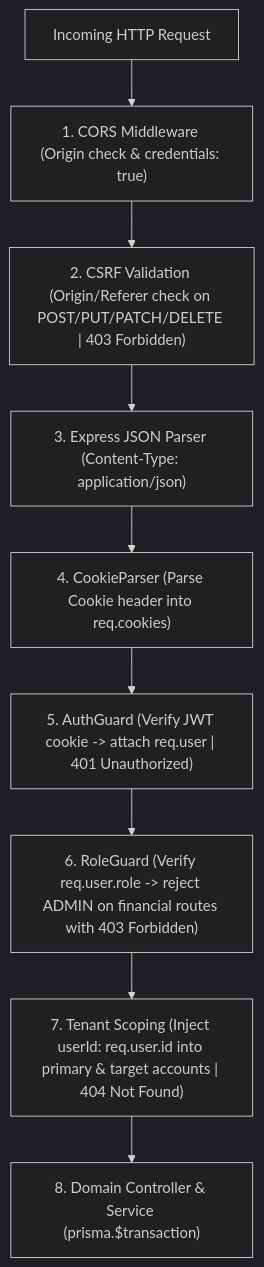
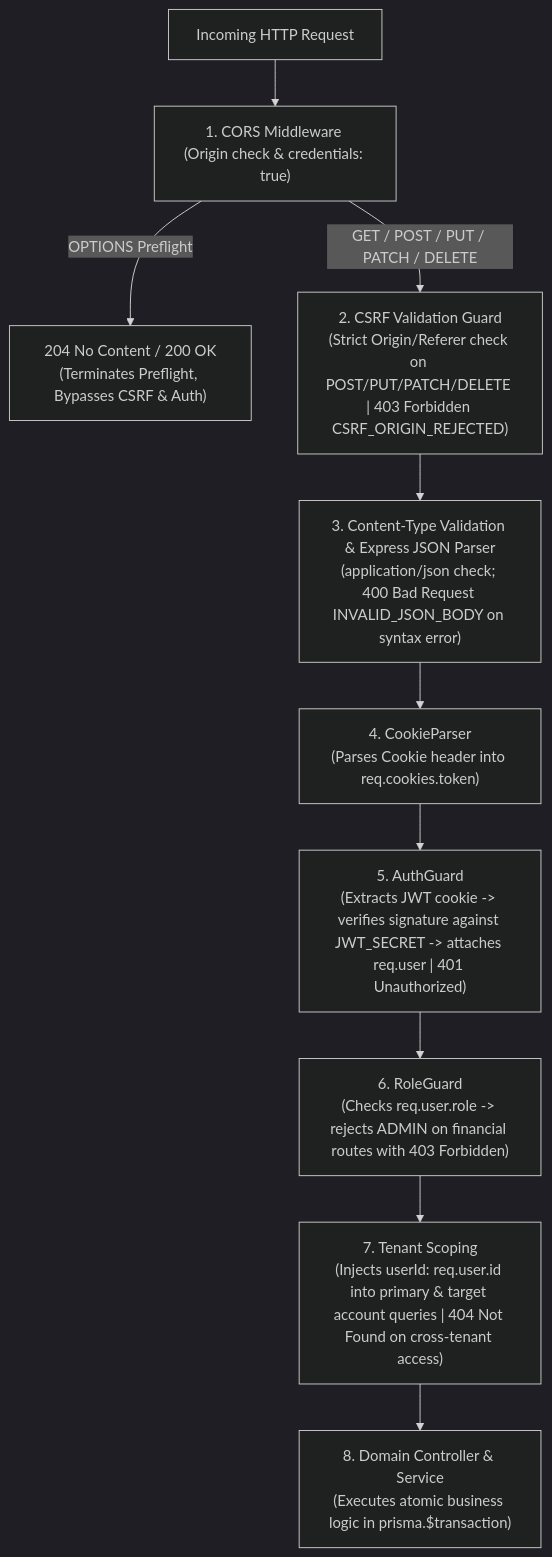
Before and after one commit to Pilaiwan3492/Whatsss-PMandELS: the fourth of 4 diagrams in docs/system-sds.md, drawn with Mermaid (dark theme). The commit also changed other lines of this file and 4 other files, not shown here.

````diff
--- a/docs/system-sds.md
+++ b/docs/system-sds.md
@@ -318,11 +318,12 @@
    ```mermaid
    flowchart TD
        Req["Incoming HTTP Request"] --> M1["1. CORS Middleware (Origin check & credentials: true)"]
-       M1 --> M2["2. CSRF Validation (Origin/Referer check on POST/PUT/PATCH/DELETE | 403 Forbidden)"]
-       M2 --> M3["3. Express JSON Parser (Content-Type: application/json)"]
-       M3 --> M4["4. CookieParser (Parse Cookie header into req.cookies)"]
-       M4 --> M5["5. AuthGuard (Verify JWT cookie -> attach req.user | 401 Unauthorized)"]
-       M5 --> M6["6. RoleGuard (Verify req.user.role -> reject ADMIN on financial routes with 403 Forbidden)"]
-       M6 --> M7["7. Tenant Scoping (Inject userId: req.user.id into primary & target accounts | 404 Not Found)"]
-       M7 --> Handler["8. Domain Controller & Service (prisma.$transaction)"]
+       M1 -->|OPTIONS Preflight| EndOptions["204 No Content / 200 OK\n(Terminates Preflight, Bypasses CSRF & Auth)"]
+       M1 -->|GET / POST / PUT / PATCH / DELETE| M2["2. CSRF Validation Guard\n(Strict Origin/Referer check on POST/PUT/PATCH/DELETE | 403 Forbidden CSRF_ORIGIN_REJECTED)"]
+       M2 --> M3["3. Content-Type Validation & Express JSON Parser\n(application/json check; 400 Bad Request INVALID_JSON_BODY on syntax error)"]
+       M3 --> M4["4. CookieParser\n(Parses Cookie header into req.cookies.token)"]
+       M4 --> M5["5. AuthGuard\n(Extracts JWT cookie -> verifies signature against JWT_SECRET -> attaches req.user | 401 Unauthorized)"]
+       M5 --> M6["6. RoleGuard\n(Checks req.user.role -> rejects ADMIN on financial routes with 403 Forbidden)"]
+       M6 --> M7["7. Tenant Scoping\n(Injects userId: req.user.id into primary & target account queries | 404 Not Found on cross-tenant access)"]
+       M7 --> Handler["8. Domain Controller & Service\n(Executes atomic business logic in prisma.$transaction)"]
    ```
````
